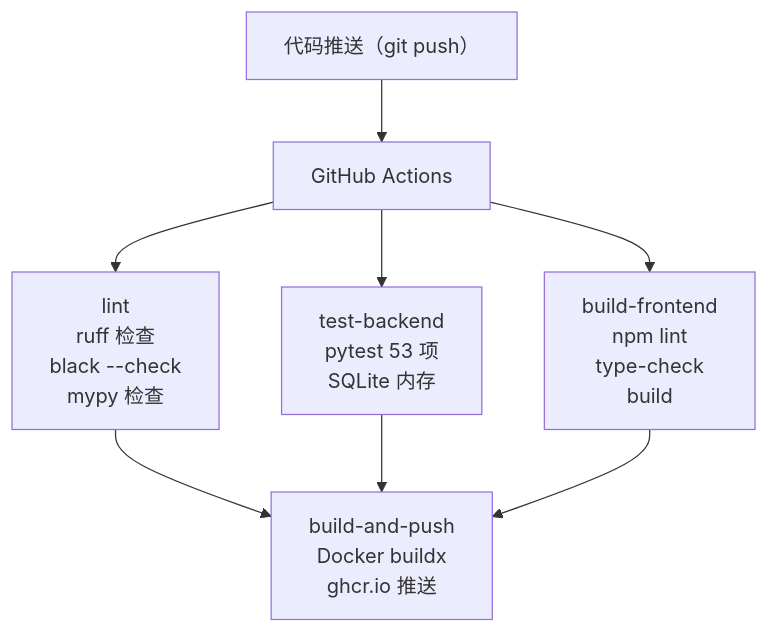
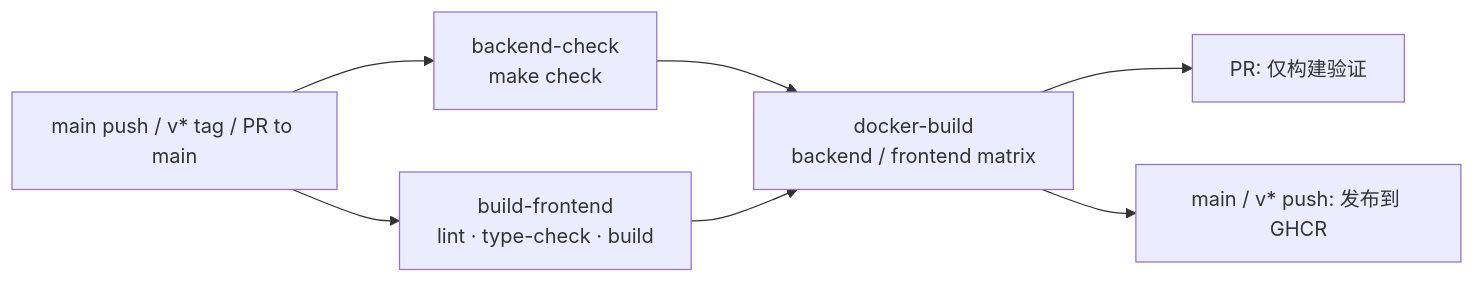
The fifth of 5 diagrams in SYSTEM_DESIGN.md (zhou-xingxing/dc-network-planner), drawn with Mermaid before and after one commit. The commit also changed other lines of this file and 1 other file, not shown here.

````diff
--- a/SYSTEM_DESIGN.md
+++ b/SYSTEM_DESIGN.md
@@ -1062,10 +968,9 @@
 ```mermaid
-graph TB
-    Push["代码推送（git push）"] --> GHA["GitHub Actions"]
-    GHA --> Lint["lint<br/>ruff 检查<br/>black --check<br/>mypy 检查"]
-    GHA --> Test["test-backend<br/>pytest 53 项<br/>SQLite 内存"]
-    GHA --> Build["build-frontend<br/>npm lint<br/>type-check<br/>build"]
-    Lint --> Publish["build-and-push<br/>Docker buildx<br/>ghcr.io 推送"]
-    Test --> Publish
-    Build --> Publish
+flowchart LR
+    Trigger["main push / v* tag / PR to main"] --> Backend["backend-check<br/>make check"]
+    Trigger --> Frontend["build-frontend<br/>lint · type-check · build"]
+    Backend --> Docker["docker-build<br/>backend / frontend matrix"]
+    Frontend --> Docker
+    Docker --> Verify["PR: 仅构建验证"]
+    Docker --> Publish["main / v* push: 发布到 GHCR"]
 ```
````
